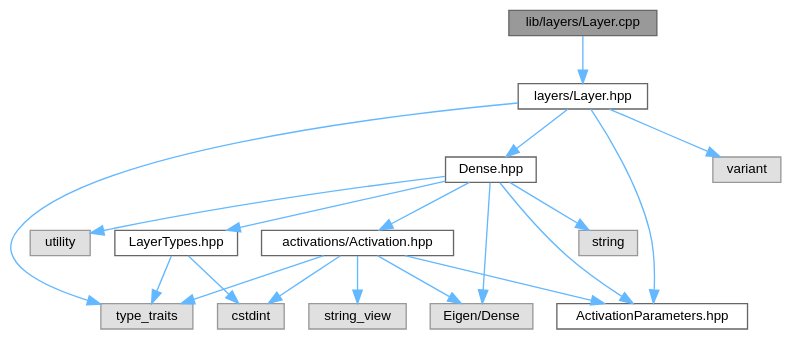
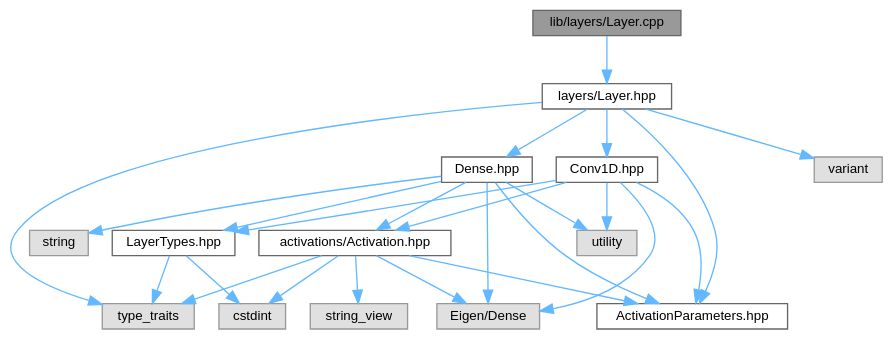
One commit to Nalin-Angrish/FlexNN changed the diagram in layers_2Layer_8cpp__incl.dot. Above: the diagram before and after it, drawn with Graphviz. The commit also changed 99 other files, not shown here.

```diff
--- a/layers_2Layer_8cpp__incl.dot
+++ b/layers_2Layer_8cpp__incl.dot
@@ -1,38 +1,45 @@
 digraph "lib/layers/Layer.cpp"
 {
  // LATEX_PDF_SIZE
   bgcolor="transparent";
   edge [fontname=Helvetica,fontsize=10,labelfontname=Helvetica,labelfontsize=10];
   node [fontname=Helvetica,fontsize=10,shape=box,height=0.2,width=0.4];
   Node1 [id="Node000001",label="lib/layers/Layer.cpp",height=0.2,width=0.4,color="gray40", fillcolor="grey60", style="filled", fontcolor="black",tooltip="Out-of-line helpers for FlexNN::Layers::Layer (currently header-only)."];
   Node1 -> Node2 [id="edge1_Node000001_Node000002",color="steelblue1",style="solid",tooltip=" "];
   Node2 [id="Node000002",label="layers/Layer.hpp",height=0.2,width=0.4,color="grey40", fillcolor="white", style="filled",URL="$Layer_8hpp.html",tooltip="Type-erased wrapper for FlexNN::Layers — heterogeneous stack without inheritance."];
   Node2 -> Node3 [id="edge2_Node000002_Node000003",color="steelblue1",style="solid",tooltip=" "];
   Node3 [id="Node000003",label="type_traits",height=0.2,width=0.4,color="grey60", fillcolor="#E0E0E0", style="filled",tooltip=" "];
   Node2 -> Node4 [id="edge3_Node000002_Node000004",color="steelblue1",style="solid",tooltip=" "];
   Node4 [id="Node000004",label="variant",height=0.2,width=0.4,color="grey60", fillcolor="#E0E0E0", style="filled",tooltip=" "];
   Node2 -> Node5 [id="edge4_Node000002_Node000005",color="steelblue1",style="solid",tooltip=" "];
   Node5 [id="Node000005",label="Dense.hpp",height=0.2,width=0.4,color="grey40", fillcolor="white", style="filled",URL="$Dense_8hpp.html",tooltip="Dense (fully-connected) layer for FlexNN::Layers."];
   Node5 -> Node6 [id="edge5_Node000005_Node000006",color="steelblue1",style="solid",tooltip=" "];
   Node6 [id="Node000006",label="string",height=0.2,width=0.4,color="grey60", fillcolor="#E0E0E0", style="filled",tooltip=" "];
   Node5 -> Node7 [id="edge6_Node000005_Node000007",color="steelblue1",style="solid",tooltip=" "];
   Node7 [id="Node000007",label="utility",height=0.2,width=0.4,color="grey60", fillcolor="#E0E0E0", style="filled",tooltip=" "];
   Node5 -> Node8 [id="edge7_Node000005_Node000008",color="steelblue1",style="solid",tooltip=" "];
   Node8 [id="Node000008",label="Eigen/Dense",height=0.2,width=0.4,color="grey60", fillcolor="#E0E0E0", style="filled",tooltip=" "];
   Node5 -> Node9 [id="edge8_Node000005_Node000009",color="steelblue1",style="solid",tooltip=" "];
   Node9 [id="Node000009",label="LayerTypes.hpp",height=0.2,width=0.4,color="grey40", fillcolor="white", style="filled",URL="$LayerTypes_8hpp.html",tooltip="Shared PODs for FlexNN::Layers — LayerType, DType, and per-type Params."];
   Node9 -> Node10 [id="edge9_Node000009_Node000010",color="steelblue1",style="solid",tooltip=" "];
   Node10 [id="Node000010",label="cstdint",height=0.2,width=0.4,color="grey60", fillcolor="#E0E0E0", style="filled",tooltip=" "];
   Node9 -> Node3 [id="edge10_Node000009_Node000003",color="steelblue1",style="solid",tooltip=" "];
   Node5 -> Node11 [id="edge11_Node000005_Node000011",color="steelblue1",style="solid",tooltip=" "];
   Node11 [id="Node000011",label="activations/Activation.hpp",height=0.2,width=0.4,color="grey40", fillcolor="white", style="filled",URL="$Activation_8hpp.html",tooltip="Public activation enum and helpers for FlexNN."];
   Node11 -> Node10 [id="edge12_Node000011_Node000010",color="steelblue1",style="solid",tooltip=" "];
   Node11 -> Node12 [id="edge13_Node000011_Node000012",color="steelblue1",style="solid",tooltip=" "];
   Node12 [id="Node000012",label="string_view",height=0.2,width=0.4,color="grey60", fillcolor="#E0E0E0", style="filled",tooltip=" "];
   Node11 -> Node3 [id="edge14_Node000011_Node000003",color="steelblue1",style="solid",tooltip=" "];
   Node11 -> Node8 [id="edge15_Node000011_Node000008",color="steelblue1",style="solid",tooltip=" "];
   Node11 -> Node13 [id="edge16_Node000011_Node000013",color="steelblue1",style="solid",tooltip=" "];
   Node13 [id="Node000013",label="ActivationParameters.hpp",height=0.2,width=0.4,color="grey40", fillcolor="white", style="filled",URL="$ActivationParameters_8hpp.html",tooltip="Per-activation hyperparameters for FlexNN::Activations."];
   Node5 -> Node13 [id="edge17_Node000005_Node000013",color="steelblue1",style="solid",tooltip=" "];
-  Node2 -> Node13 [id="edge18_Node000002_Node000013",color="steelblue1",style="solid",tooltip=" "];
+  Node2 -> Node14 [id="edge18_Node000002_Node000014",color="steelblue1",style="solid",tooltip=" "];
+  Node14 [id="Node000014",label="Conv1D.hpp",height=0.2,width=0.4,color="grey40", fillcolor="white", style="filled",URL="$Conv1D_8hpp.html",tooltip="1D temporal convolution for FlexNN::Layers."];
+  Node14 -> Node7 [id="edge19_Node000014_Node000007",color="steelblue1",style="solid",tooltip=" "];
+  Node14 -> Node8 [id="edge20_Node000014_Node000008",color="steelblue1",style="solid",tooltip=" "];
+  Node14 -> Node9 [id="edge21_Node000014_Node000009",color="steelblue1",style="solid",tooltip=" "];
+  Node14 -> Node11 [id="edge22_Node000014_Node000011",color="steelblue1",style="solid",tooltip=" "];
+  Node14 -> Node13 [id="edge23_Node000014_Node000013",color="steelblue1",style="solid",tooltip=" "];
+  Node2 -> Node13 [id="edge24_Node000002_Node000013",color="steelblue1",style="solid",tooltip=" "];
 }
```
